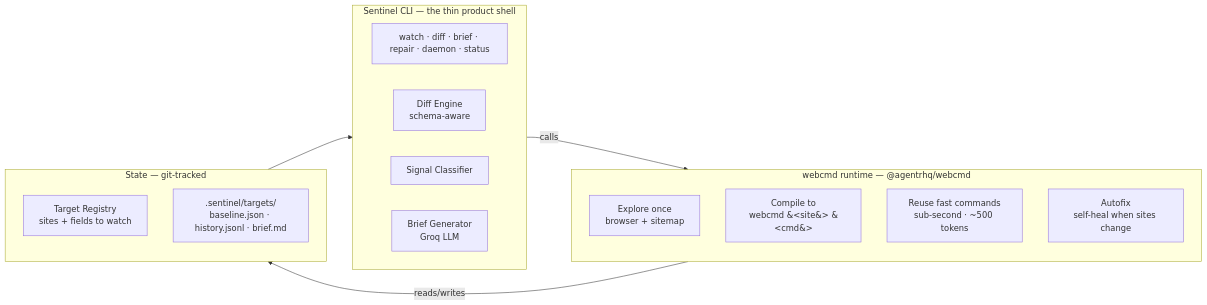
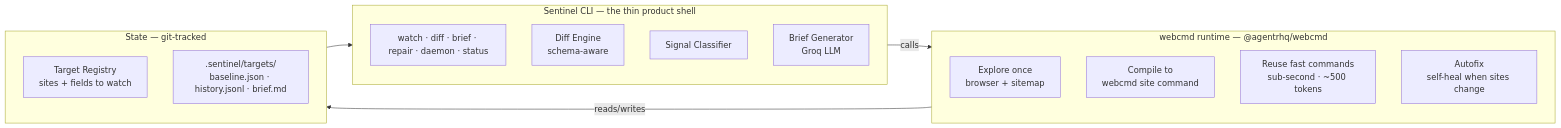
Before and after one commit to shashank-tomar0/signal-sentinel: the diagram in README.md, drawn with Mermaid. The commit also changed other lines of this file, not shown here.

````diff
--- a/README.md
+++ b/README.md
@@ -24,27 +75,27 @@
 ```mermaid
 flowchart LR
     subgraph CLI["Sentinel CLI — the thin product shell"]
-        direction LR
+        direction TB
         CMD[watch · diff · brief · repair · daemon · status]
         DE[Diff Engine<br/>schema-aware]
         SC[Signal Classifier]
         BG[Brief Generator<br/>Groq LLM]
     end
 
     subgraph WEBCMD["webcmd runtime — @agentrhq/webcmd"]
         direction TB
         EXPLORE[Explore once<br/>browser + sitemap]
-        COMPILE[Compile to<br/>webcmd &#60;site&#62; &#60;cmd&#62;]
+        COMPILE[Compile to<br/>webcmd site command]
         REUSE[Reuse fast commands<br/>sub-second · ~500 tokens]
         AUTOFIX[Autofix<br/>self-heal when sites change]
     end
 
     subgraph STATE["State — git-tracked"]
         TARGETS[Target Registry<br/>sites + fields to watch]
         SNAP[.sentinel/targets/<br/>baseline.json · history.jsonl · brief.md]
     end
 
     WEBCMD -->|reads/writes| STATE
     STATE --> CLI
     CLI -->|calls| WEBCMD
 ```
````
